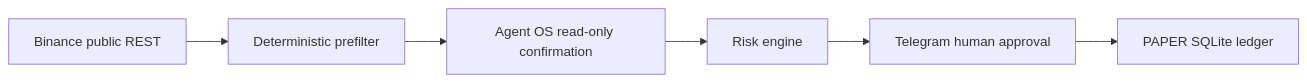
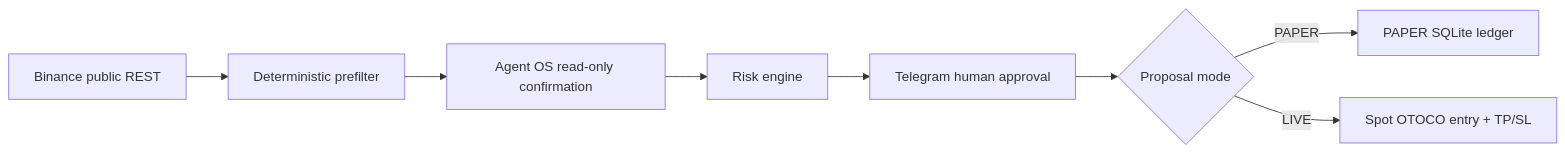
Before and after one commit to bobbymarc00/riskpilot: the diagram in docs/ARCHITECTURE.md, drawn with Mermaid. The commit also changed other lines of this file and 16 other files, not shown here.

Commit message:
confirmed live spot OTOCO RiskPilot flow

````diff
--- a/docs/ARCHITECTURE.md
+++ b/docs/ARCHITECTURE.md
@@ -15,8 +15,10 @@
 ```mermaid
 flowchart LR
   A[Binance public REST] --> B[Deterministic prefilter]
   B --> C[Agent OS read-only confirmation]
   C --> D[Risk engine]
   D --> E[Telegram human approval]
-  E --> F[PAPER SQLite ledger]
+  E --> F{Proposal mode}
+  F -->|PAPER| G[PAPER SQLite ledger]
+  F -->|LIVE| H[Spot OTOCO entry + TP/SL]
 ```
````
